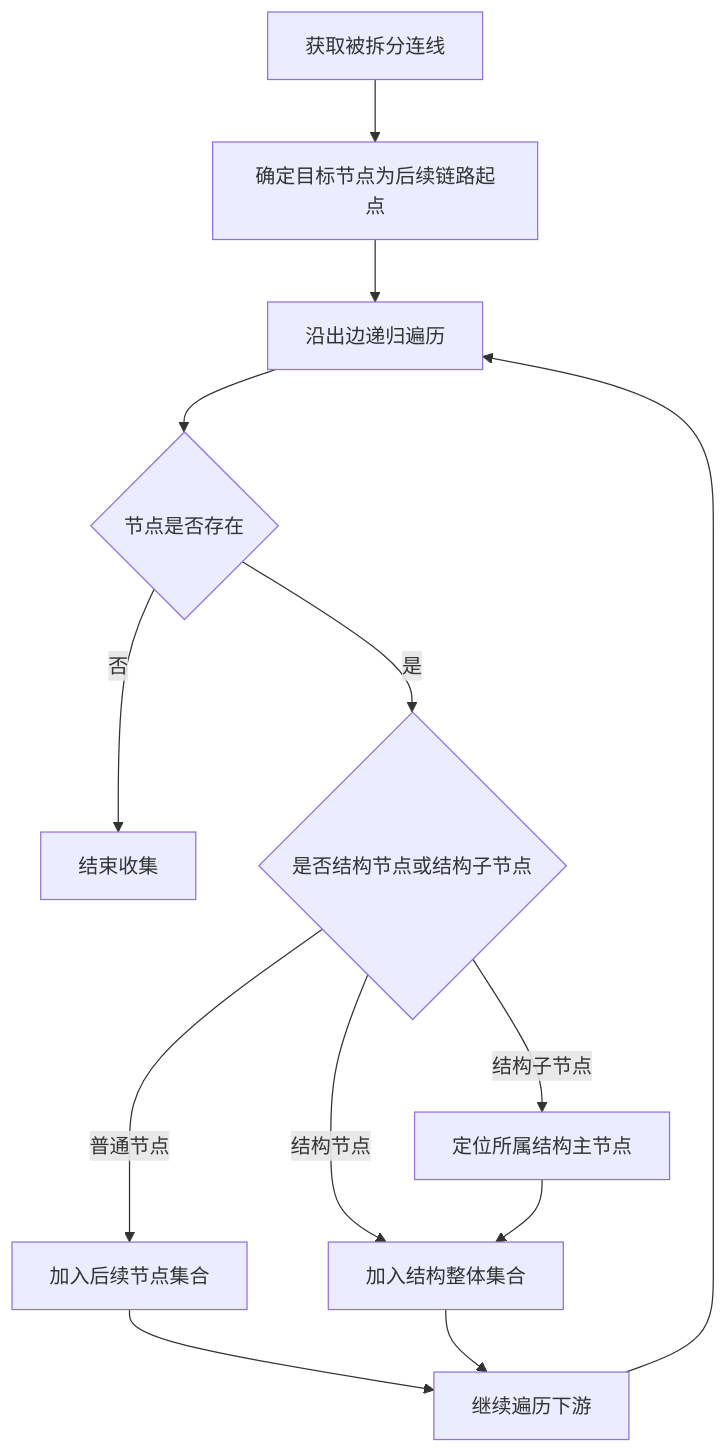
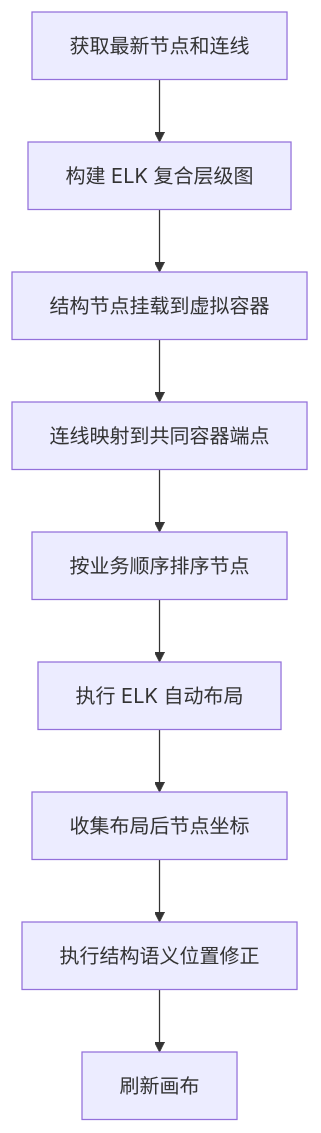
One commit to THZSummer/open-app changed diagram 20 of 32 in front/doc/2026年6月文档/连接流配置需求设计说明书.md. Above: the diagram before and after it, drawn with Mermaid. The commit also changed other lines of this file and 6 other files, not shown here.

````diff
--- a/front/doc/2026年6月文档/连接流配置需求设计说明书.md
+++ b/front/doc/2026年6月文档/连接流配置需求设计说明书.md
@@ -545,15 +616,11 @@
 ```mermaid
 flowchart TD
-  Start[获取被拆分连线] --> Target[确定目标节点为后续链路起点]
-  Target --> WalkEdges[沿出边递归遍历]
-  WalkEdges --> CheckNode{节点是否存在}
-  CheckNode -->|否| End[结束收集]
-  CheckNode -->|是| CheckStructure{是否结构节点或结构子节点}
-  CheckStructure -->|普通节点| AddNormal[加入后续节点集合]
-  CheckStructure -->|结构节点| AddStructure[加入结构整体集合]
-  CheckStructure -->|结构子节点| ResolveParent[定位所属结构主节点]
-  ResolveParent --> AddStructure
-  AddNormal --> Continue[继续遍历下游]
-  AddStructure --> Continue
-  Continue --> WalkEdges
+  Start[获取最新节点和连线] --> BuildGraph[构建 ELK 复合层级图]
+  BuildGraph --> MountContainer[结构节点挂载到虚拟容器]
+  MountContainer --> MapEdges[连线映射到共同容器端点]
+  MapEdges --> SortNodes[按业务顺序排序节点]
+  SortNodes --> ElkLayout[执行 ELK 自动布局]
+  ElkLayout --> CollectPosition[收集布局后节点坐标]
+  CollectPosition --> SemanticFix[执行结构语义位置修正]
+  SemanticFix --> Render[刷新画布]
 ```
````
